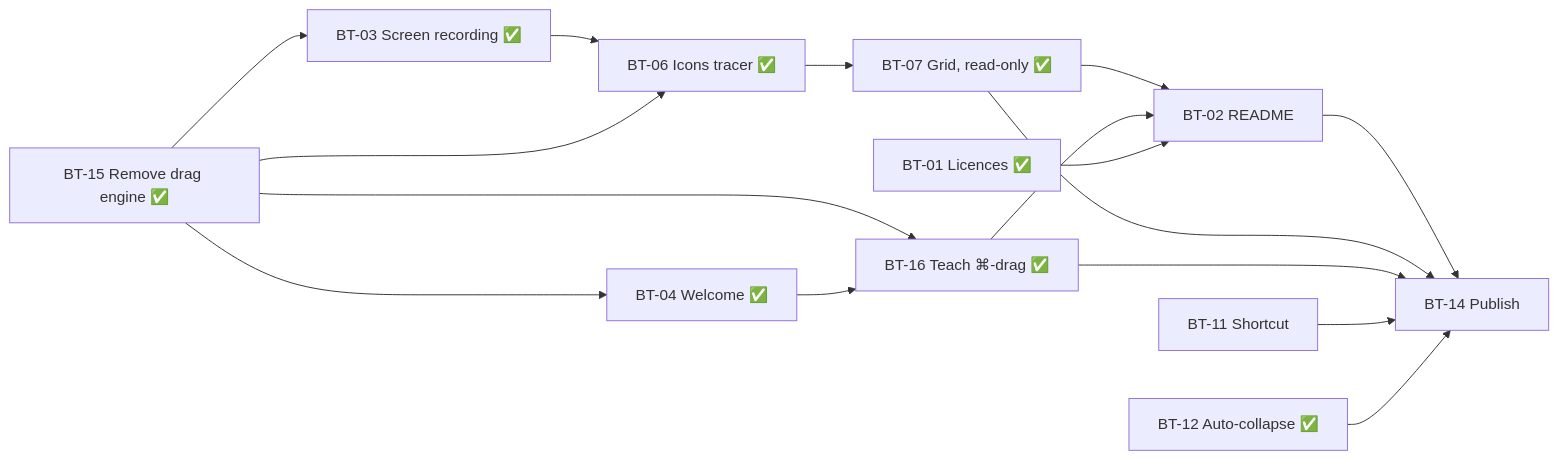
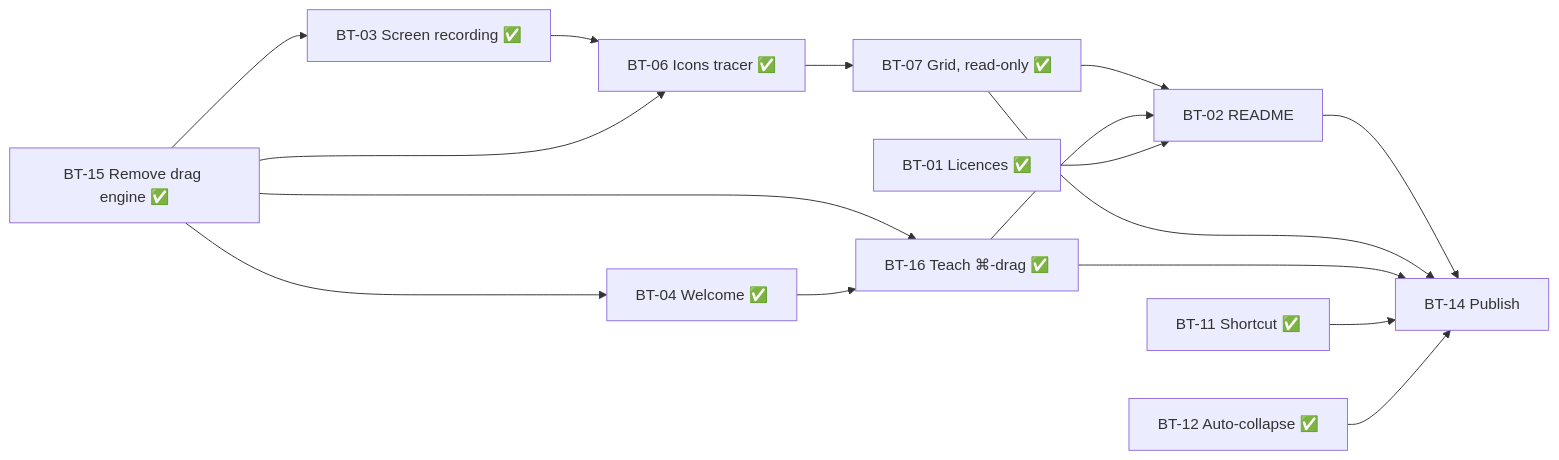
Before and after one commit to Kodak2383/BarT: the diagram in docs/BOARD.md, drawn with Mermaid. The commit also changed other lines of this file and 5 other files, not shown here.

````diff
--- a/docs/BOARD.md
+++ b/docs/BOARD.md
@@ -50,19 +50,19 @@
 ```mermaid
 graph LR
   BT15[BT-15 Remove drag engine ✅] --> BT03[BT-03 Screen recording ✅]
   BT15 --> BT04[BT-04 Welcome ✅]
   BT15 --> BT16[BT-16 Teach ⌘-drag ✅]
   BT04 --> BT16
   BT03 --> BT06[BT-06 Icons tracer ✅]
   BT15 --> BT06
   BT06 --> BT07[BT-07 Grid, read-only ✅]
   BT07 --> BT02[BT-02 README]
   BT16 --> BT02
-  BT11[BT-11 Shortcut]
+  BT11[BT-11 Shortcut ✅]
   BT01[BT-01 Licences ✅] --> BT02
   BT02 --> BT14[BT-14 Publish]
   BT07 --> BT14
   BT16 --> BT14
   BT11 --> BT14
   BT12[BT-12 Auto-collapse ✅] --> BT14
 ```
````
